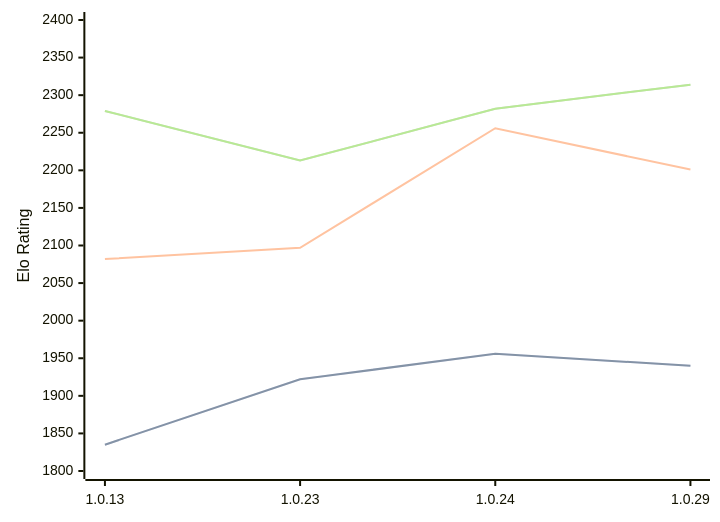
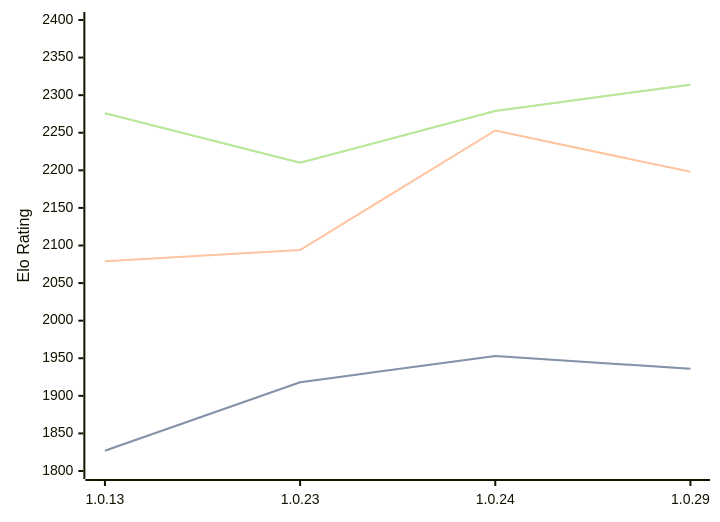
One commit to computer-chess-index/cci changed the diagram in engines/RustyRival.md. Above: the diagram before and after it, drawn with Mermaid. The commit also changed other lines of this file, not shown here.

Commit message:
Update CCI Ratings (ELO VLTC) - 2026-03-11

````diff
--- a/engines/RustyRival.md
+++ b/engines/RustyRival.md
@@ -57,11 +59,11 @@
 ```mermaid
 %%{init: {"theme":"base","themeVariables":{"seriesColors:['#a3a3a3','#222221','#faa371']}}}%%
 xychart-beta
   x-axis ["1.0.13", "1.0.23", "1.0.24", "1.0.29"]
   y-axis "Elo Rating" 1800 --> 2400
-  line "STC (8.0+0.08s)" [1835, 1922, 1956, 1940]
-  line "STC (8.0+0.08s)" [1835, 1922, 1956, 1940]
-  line "LTC (60.0+0.60s)" [2082, 2097, 2256, 2201]
-  line "VLTC (2m24s+1.12s)" [2279, 2213, 2282, 2314]
-  line "VLTC (2m24s+1.12s)" [2279, 2213, 2282, 2314]
+  line "STC (8.0+0.08s)" [1827, 1918, 1953, 1936]
+  line "STC (8.0+0.08s)" [1827, 1918, 1953, 1936]
+  line "LTC (60.0+0.60s)" [2079, 2094, 2253, 2198]
+  line "VLTC (2m24s+1.12s)" [2276, 2210, 2279, 2314]
+  line "VLTC (2m24s+1.12s)" [2276, 2210, 2279, 2314]
 ```
````
